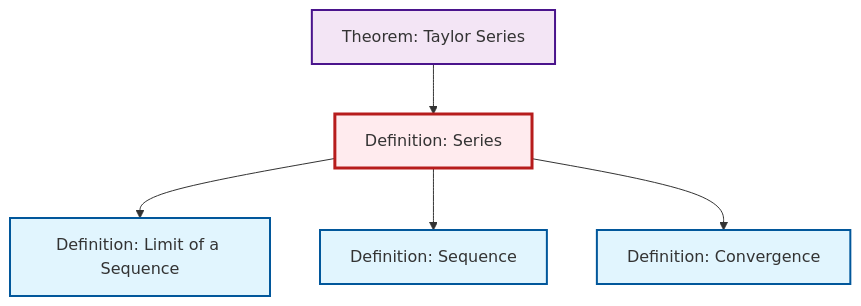
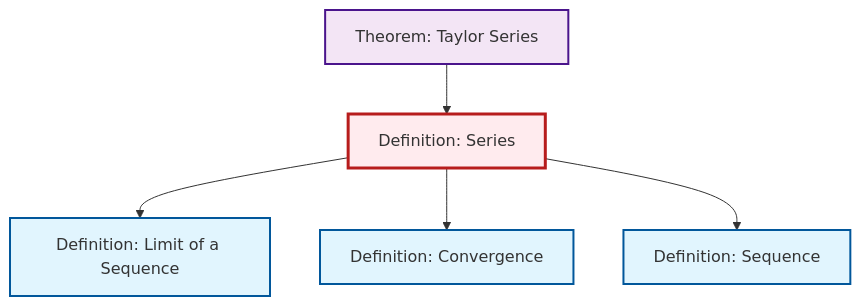
One commit to RK0429/ModernMath changed the diagram in content/en/analysis/def-series.qmd. Above: the diagram before and after it, drawn with Mermaid. The commit also changed other lines of this file and 531 other files, not shown here.

````diff
--- a/content/en/analysis/def-series.qmd
+++ b/content/en/analysis/def-series.qmd
@@ -90,23 +90,23 @@
 ```{mermaid}
 %%| fig-cap: "Local dependency graph"
 graph TD
     classDef definition fill:#e1f5fe,stroke:#01579b,stroke-width:2px
     classDef theorem fill:#f3e5f5,stroke:#4a148c,stroke-width:2px
     classDef axiom fill:#fff3e0,stroke:#e65100,stroke-width:2px
     classDef example fill:#e8f5e9,stroke:#1b5e20,stroke-width:2px
     classDef current fill:#ffebee,stroke:#b71c1c,stroke-width:3px
+    def-sequence["Definition: Sequence"]:::definition
+    def-series["Definition: Series"]:::definition
     def-limit["Definition: Limit of a Sequence"]:::definition
-    def-series["Definition: Series"]:::definition
     def-convergence["Definition: Convergence"]:::definition
-    def-sequence["Definition: Sequence"]:::definition
     thm-taylor-series["Theorem: Taylor Series"]:::theorem
     def-series --> def-limit
+    def-series --> def-convergence
+    thm-taylor-series --> def-series
     def-series --> def-sequence
-    thm-taylor-series --> def-series
-    def-series --> def-convergence
     class def-series current
+    click def-sequence "def-sequence.html" "Go to Sequence definition"
     click def-limit "def-limit.html" "Go to Limit of a Sequence definition"
     click def-convergence "def-convergence.html" "Go to Convergence definition"
-    click def-sequence "def-sequence.html" "Go to Sequence definition"
     click thm-taylor-series "thm-taylor-series.html" "Go to Taylor Series theorem"
 ```
````
